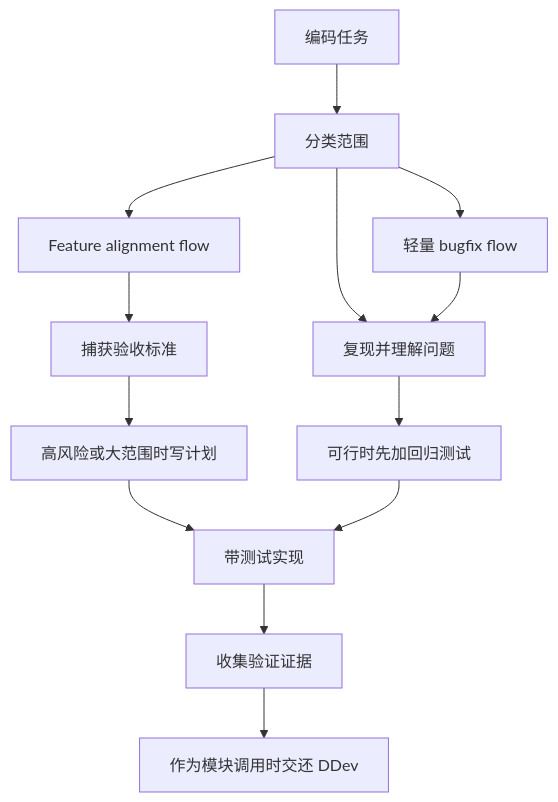
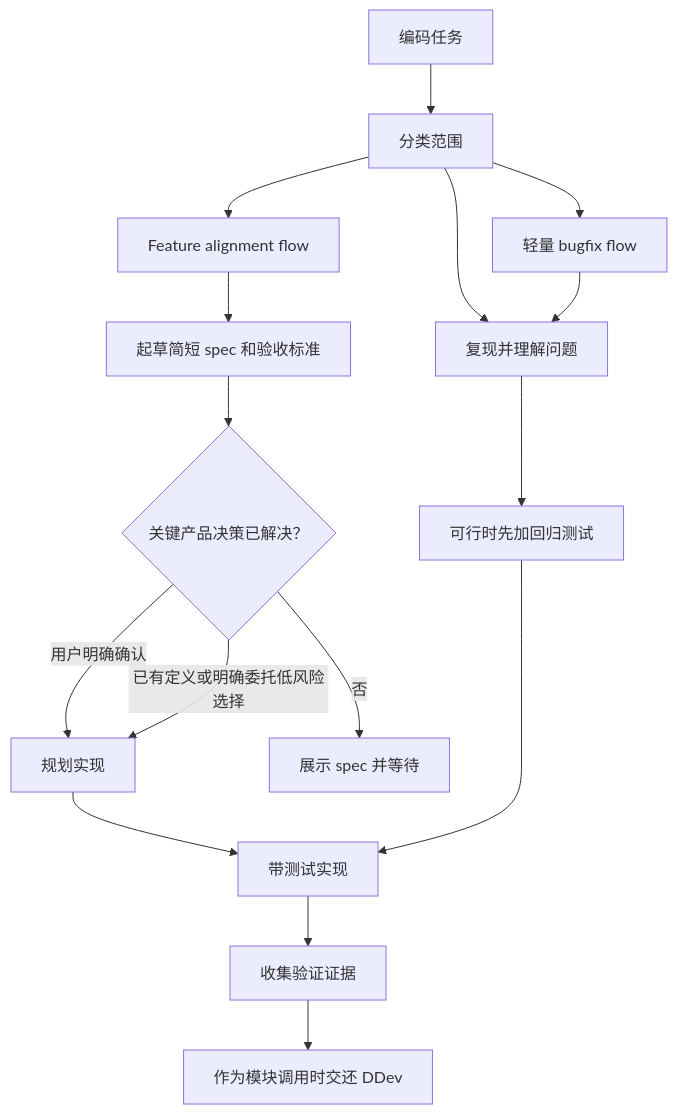
Before and after one commit to deweyou/harness: the diagram in skills/spec-driven-coding/README_ZH.md, drawn with Mermaid. The commit also changed other lines of this file and 11 other files, not shown here.

````diff
--- a/skills/spec-driven-coding/README_ZH.md
+++ b/skills/spec-driven-coding/README_ZH.md
@@ -12,15 +12,18 @@
 ```mermaid
 flowchart TD
     Task["编码任务"] --> Classify["分类范围"]
     Classify --> Feature["Feature alignment flow"]
     Classify --> Bugfix["轻量 bugfix flow"]
     Classify --> Debug["Debugging flow"]
-    Feature --> Criteria["捕获验收标准"]
-    Criteria --> Plan["高风险或大范围时写计划"]
+    Feature --> Criteria["起草简短 spec 和验收标准"]
+    Criteria --> Gate{"关键产品决策已解决？"}
+    Gate -->|"用户明确确认"| Plan["规划实现"]
+    Gate -->|"已有定义或明确委托低风险选择"| Plan
+    Gate -->|"否"| Wait["展示 spec 并等待"]
     Bugfix --> Debug["复现并理解问题"]
     Debug --> Regression["可行时先加回归测试"]
     Plan --> Code["带测试实现"]
     Regression --> Code
     Code --> Evidence["收集验证证据"]
     Evidence --> DDev["作为模块调用时交还 DDev"]
 ```
````
